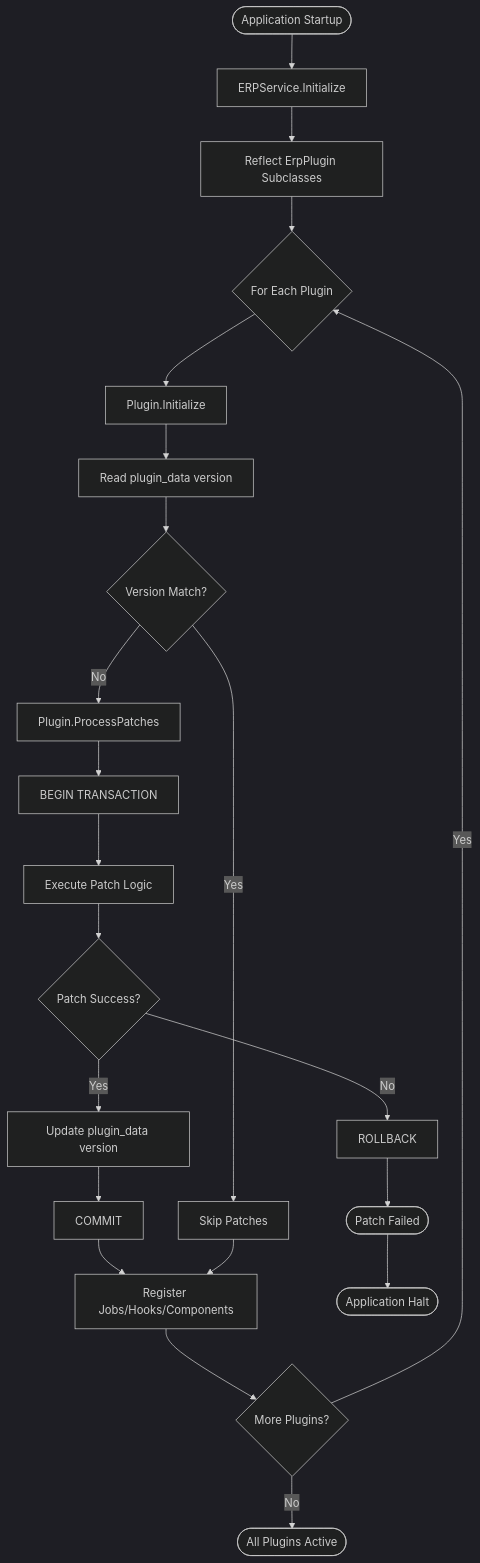
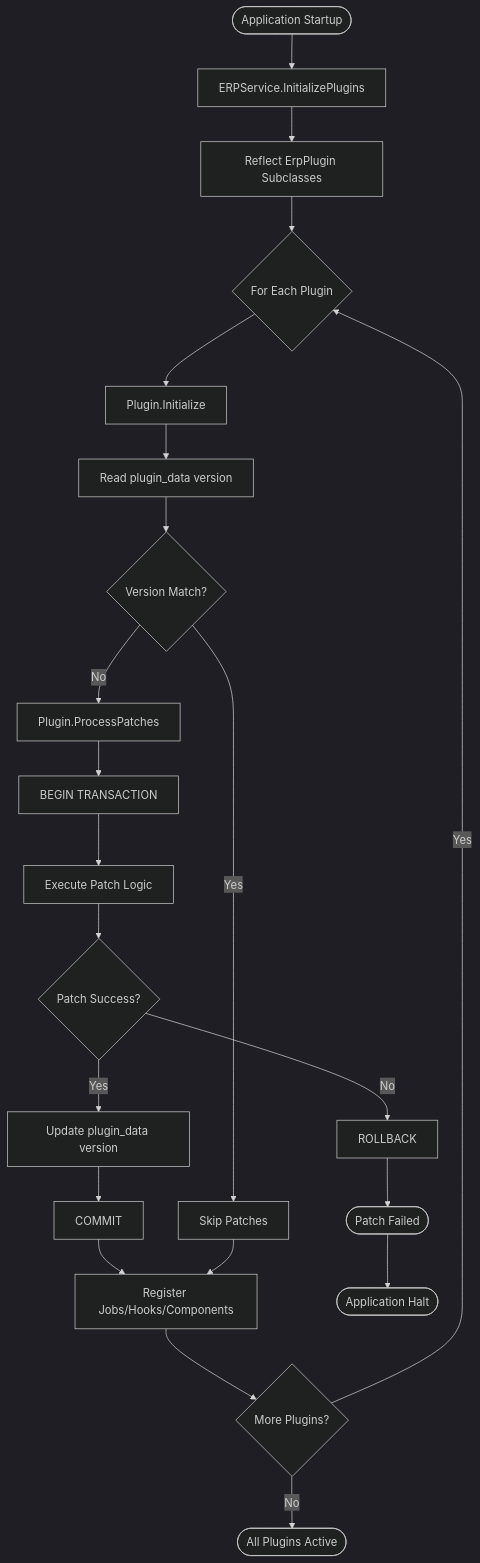
One commit to blitzy-public-samples/blitzy-WebVella-ERP changed the fourth of 6 diagrams in docs/reverse-engineering/architecture.md. Above: the diagram before and after it, drawn with Mermaid (dark theme). The commit also changed other lines of this file and 4 other files, not shown here.

````diff
--- a/docs/reverse-engineering/architecture.md
+++ b/docs/reverse-engineering/architecture.md
@@ -523,32 +570,32 @@
 ```mermaid
 flowchart TD
-    Start([Application Startup]) --> InitService[ERPService.Initialize]
+    Start([Application Startup]) --> InitService[ERPService.InitializePlugins]
     InitService --> LoadPlugins[Reflect ErpPlugin Subclasses]
     LoadPlugins --> ForEach{For Each Plugin}
     
     ForEach --> InitPlugin[Plugin.Initialize]
     InitPlugin --> GetVersion[Read plugin_data version]
     GetVersion --> CompareVer{Version Match?}
     
     CompareVer -->|No| ProcessPatches[Plugin.ProcessPatches]
     CompareVer -->|Yes| SkipPatches[Skip Patches]
     
     ProcessPatches --> BeginTx[BEGIN TRANSACTION]
     BeginTx --> RunPatch[Execute Patch Logic]
     RunPatch --> PatchSuccess{Patch Success?}
     
     PatchSuccess -->|Yes| UpdateVer[Update plugin_data version]
     PatchSuccess -->|No| Rollback[ROLLBACK]
     
     UpdateVer --> CommitTx[COMMIT]
     Rollback --> Error([Patch Failed])
     
     CommitTx --> RegisterComp[Register Jobs/Hooks/Components]
     SkipPatches --> RegisterComp
     RegisterComp --> NextPlugin{More Plugins?}
     
     NextPlugin -->|Yes| ForEach
     NextPlugin -->|No| Complete([All Plugins Active])
     
     Error --> Halt([Application Halt])
 ```
````
